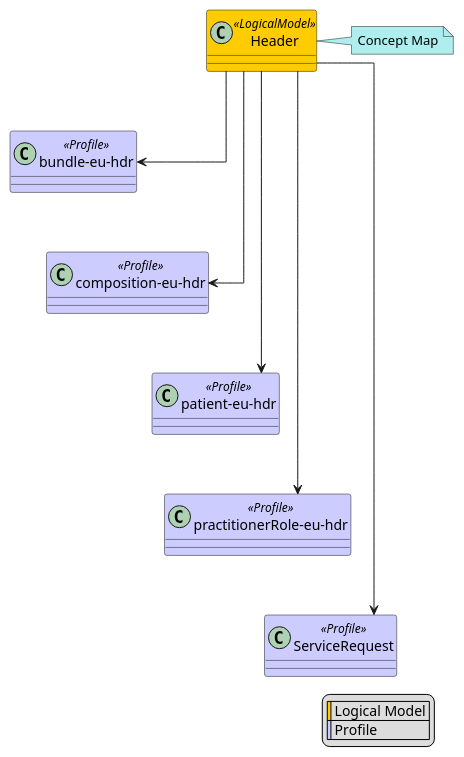
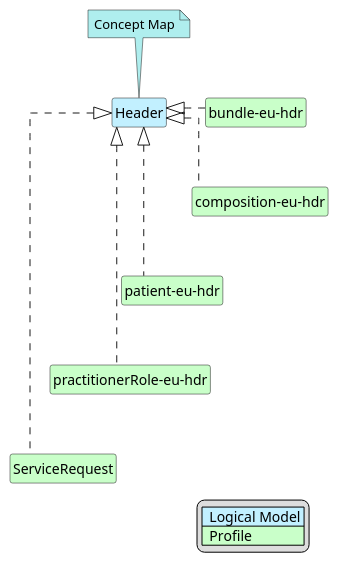
One commit to hl7-eu/hdr changed the diagram in input/images-source/Header-map.plantuml. Above: the diagram before and after it, drawn with PlantUML. The commit also changed 3 other files, not shown here.

Commit message:
updated the map diagrams

```diff
--- a/input/images-source/Header-map.plantuml
+++ b/input/images-source/Header-map.plantuml
@@ -1,29 +1,33 @@
 @startuml
+hide circle
+hide stereotype
+hide members
+hide methods
+skinparam linetype ortho
 skinparam class {
-    BackgroundColor<<LogicalModel>> #FFCC00
-    BackgroundColor<<Profile>> #CCCCFF
+BackgroundColor<<LogicalModel>> #APPLICATION
+BackgroundColor<<Profile>> #TECHNOLOGY
 }
-skinparam linetype ortho
 legend right
-  | <#FFCC00> | Logical Model |
-  | <#CCCCFF> | Profile |
+| <#APPLICATION>  Logical Model |
+| <#TECHNOLOGY>  Profile |
 endlegend
 class "Header" <<LogicalModel>> [[StructureDefinition-Header.html]]
-note right #PaleTurquoise [[ConceptMap-hdrHeader2FHIR-eu-hdr.html]]
+note top #PaleTurquoise [[ConceptMap-hdrHeader2FHIR-eu-hdr.html]]
 Concept Map
 endnote
 class "bundle-eu-hdr" <<Profile>> [[StructureDefinition-bundle-eu-hdr.html]]
-"Header" --> "bundle-eu-hdr"
+"Header" <|. "bundle-eu-hdr"
 class "composition-eu-hdr" <<Profile>> [[StructureDefinition-composition-eu-hdr.html]]
-"Header" --> "composition-eu-hdr"
-"bundle-eu-hdr" -[hidden]-> "composition-eu-hdr"
+"Header" <|. "composition-eu-hdr"
+"bundle-eu-hdr" -d[hidden]-> "composition-eu-hdr"
 class "patient-eu-hdr" <<Profile>> [[StructureDefinition-patient-eu-hdr.html]]
-"Header" --> "patient-eu-hdr"
-"composition-eu-hdr" -[hidden]-> "patient-eu-hdr"
+"Header" <|. "patient-eu-hdr"
+"composition-eu-hdr" -d[hidden]-> "patient-eu-hdr"
 class "practitionerRole-eu-hdr" <<Profile>> [[StructureDefinition-practitionerRole-eu-hdr.html]]
-"Header" --> "practitionerRole-eu-hdr"
-"patient-eu-hdr" -[hidden]-> "practitionerRole-eu-hdr"
+"Header" <|. "practitionerRole-eu-hdr"
+"patient-eu-hdr" -d[hidden]-> "practitionerRole-eu-hdr"
 class "ServiceRequest" <<Profile>> [[http://hl7.org/fhir/StructureDefinition/ServiceRequest]]
-"Header" --> "ServiceRequest"
-"practitionerRole-eu-hdr" -[hidden]-> "ServiceRequest"
+"Header" <|. "ServiceRequest"
+"practitionerRole-eu-hdr" -d[hidden]-> "ServiceRequest"
 @enduml
```
